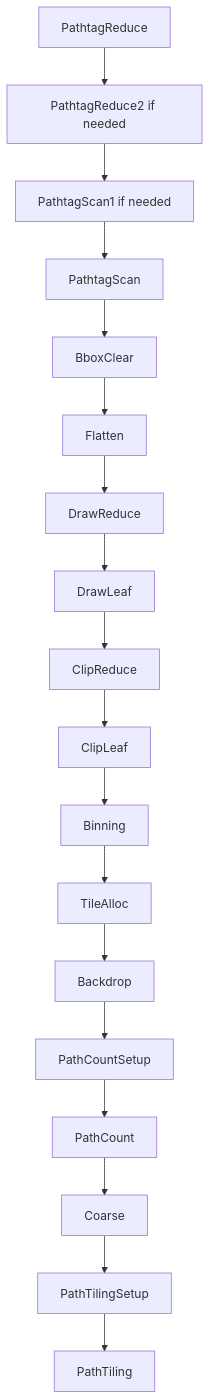
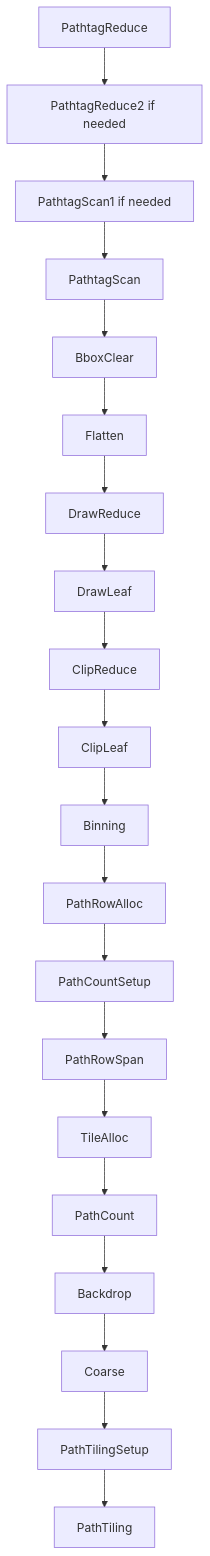
The fourth of 4 diagrams in src/ImageSharp.Drawing.WebGPU/WEBGPU_RASTERIZER.md (SixLabors/ImageSharp.Drawing), drawn with Mermaid before and after one commit. The commit also changed other lines of this file and 51 other files, not shown here.

Commit message:
Add more efficient path-row shaders and sparse tile handling

````diff
--- a/src/ImageSharp.Drawing.WebGPU/WEBGPU_RASTERIZER.md
+++ b/src/ImageSharp.Drawing.WebGPU/WEBGPU_RASTERIZER.md
@@ -218,20 +221,22 @@
 ```mermaid
 flowchart TD
     A[PathtagReduce] --> B[PathtagReduce2 if needed]
     B --> C[PathtagScan1 if needed]
     C --> D[PathtagScan]
     D --> E[BboxClear]
     E --> F[Flatten]
     F --> G[DrawReduce]
     G --> H[DrawLeaf]
     H --> I[ClipReduce]
     I --> J[ClipLeaf]
     J --> K[Binning]
-    K --> L[TileAlloc]
-    L --> M[Backdrop]
-    M --> N[PathCountSetup]
-    N --> O[PathCount]
-    O --> P[Coarse]
-    P --> Q[PathTilingSetup]
-    Q --> R[PathTiling]
+    K --> L[PathRowAlloc]
+    L --> M[PathCountSetup]
+    M --> N[PathRowSpan]
+    N --> O[TileAlloc]
+    O --> P[PathCount]
+    P --> Q[Backdrop]
+    Q --> R[Coarse]
+    R --> S[PathTilingSetup]
+    S --> T[PathTiling]
 ```
````
